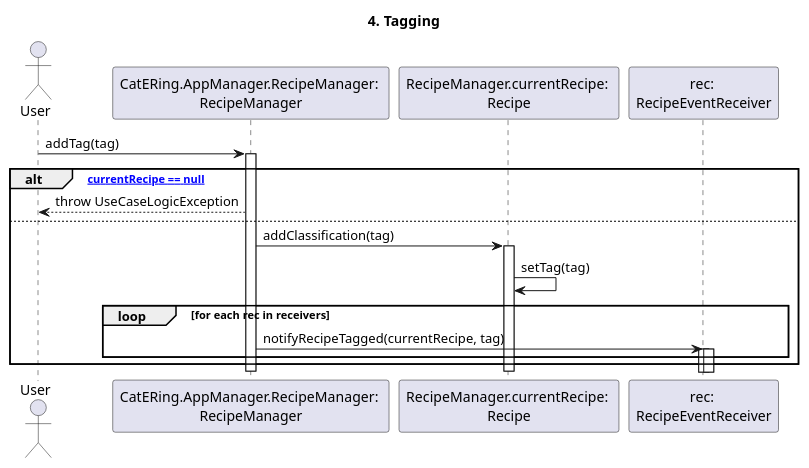
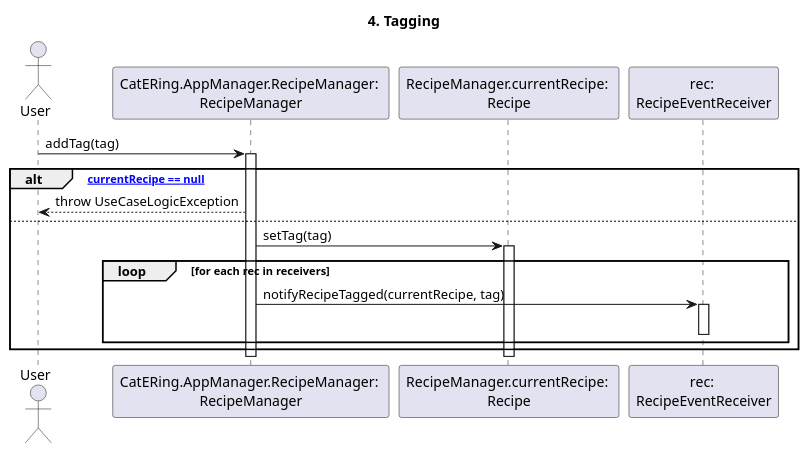
One commit to m0canu1/sas changed the diagram in dsd/dsd-ricette/4-tagging.md. Above: the diagram before and after it, drawn with PlantUML. The commit also changed 14 other files, not shown here.

````diff
--- a/dsd/dsd-ricette/4-tagging.md
+++ b/dsd/dsd-ricette/4-tagging.md
@@ -1,30 +1,30 @@
 ```plantuml
 
 title: 4. Tagging
 
 Actor User
 Participant "CatERing.AppManager.RecipeManager: \nRecipeManager" as RM
 Participant "RecipeManager.currentRecipe: \nRecipe" as CR
 Participant "rec: \nRecipeEventReceiver" as RER
 
 User -> RM: addTag(tag)
 Activate RM
 
 alt ["currentRecipe == null"]
 	RM --> User: throw UseCaseLogicException
 else
-	RM -> CR: addClassification(tag)
+    RM -> CR: setTag(tag)
 	Activate CR
 
-	CR -> CR: setTag(tag)
+	
 	loop for each rec in receivers
 		RM -> RER: notifyRecipeTagged(currentRecipe, tag)
 		activate RER
-		activate RER
+		deactivate RER
 	end
 end
 Deactivate CR
 Deactivate RM
 
 
 ```
````
